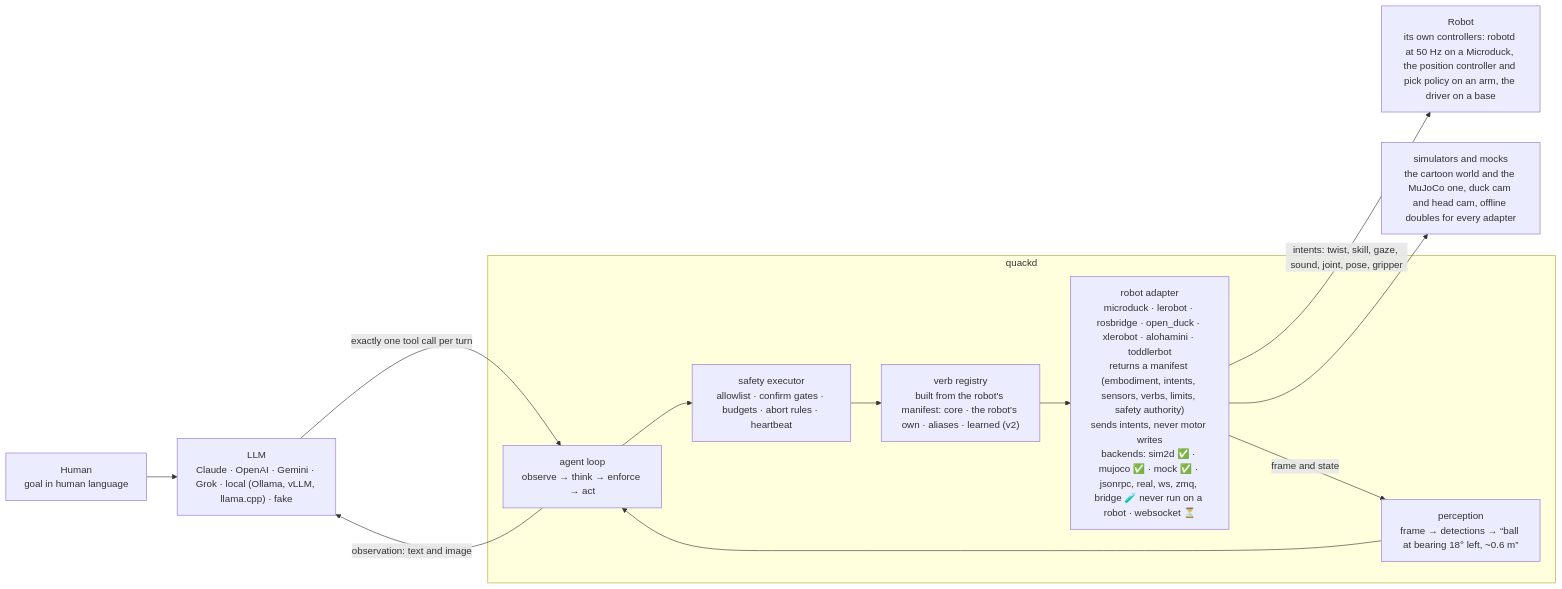
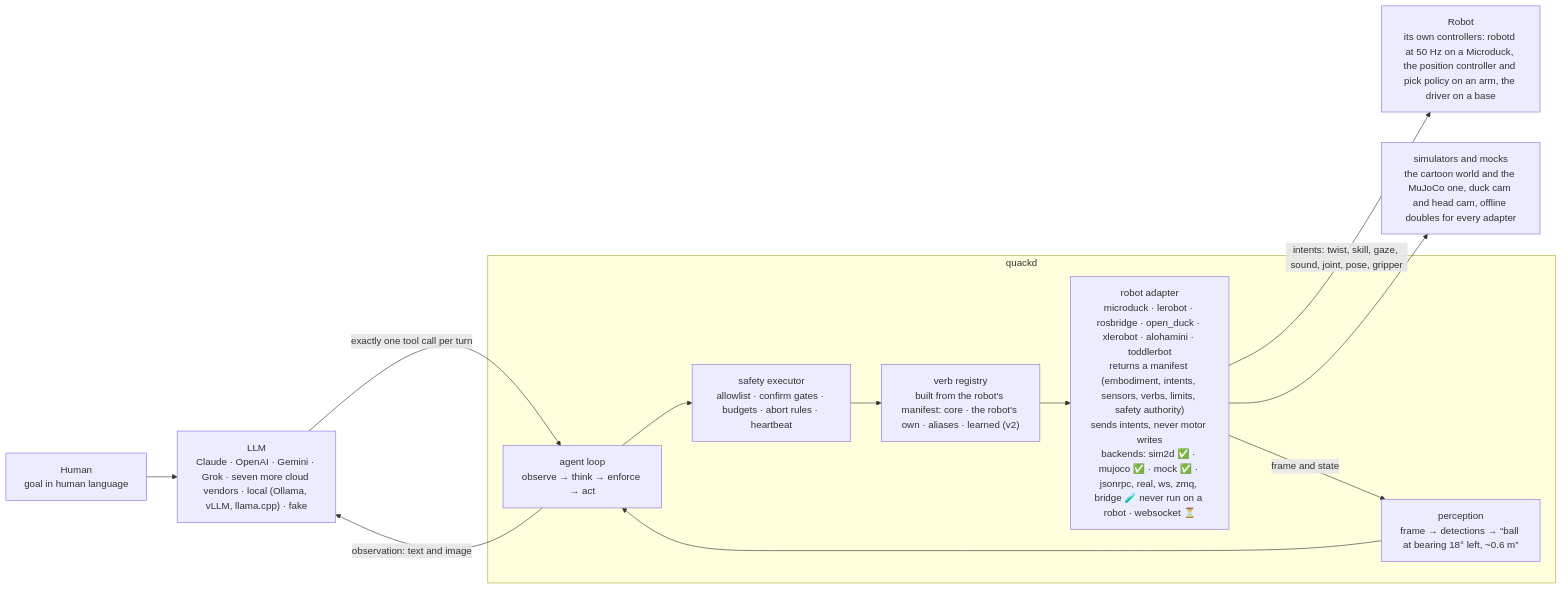
Before and after one commit to mantoumaster/quackd: the second of 2 diagrams in README.md, drawn with Mermaid. The commit also changed other lines of this file and 12 other files, not shown here.

````diff
--- a/README.md
+++ b/README.md
@@ -267,21 +267,21 @@
 ```mermaid
 flowchart LR
     HUMAN["Human<br/>goal in human language"]
-    LLM["LLM<br/>Claude · OpenAI · Gemini · Grok · local (Ollama, vLLM, llama.cpp) · fake"]
+    LLM["LLM<br/>Claude · OpenAI · Gemini · Grok · seven more cloud vendors · local (Ollama, vLLM, llama.cpp) · fake"]
     subgraph quackd
         LOOP["agent loop<br/>observe → think → enforce → act"]
         EXEC["safety executor<br/>allowlist · confirm gates · budgets · abort rules · heartbeat"]
         VERBS["verb registry<br/>built from the robot's manifest: core · the robot's own · aliases · learned (v2)"]
         PERC["perception<br/>frame → detections → “ball at bearing 18° left, ~0.6 m”"]
         ADAPTER["robot adapter<br/>microduck · lerobot · rosbridge · open_duck · xlerobot · alohamini · toddlerbot<br/>returns a manifest (embodiment, intents, sensors, verbs, limits, safety authority)<br/>sends intents, never motor writes<br/>backends: sim2d ✅ · mujoco ✅ · mock ✅ · jsonrpc, real, ws, zmq, bridge 🧪 never run on a robot · websocket ⏳"]
     end
     ROBOT["Robot<br/>its own controllers: robotd at 50 Hz on a Microduck, the position controller and pick policy on an arm, the driver on a base"]
     SIM["simulators and mocks<br/>the cartoon world and the MuJoCo one, duck cam and head cam, offline doubles for every adapter"]
     HUMAN --> LLM
     LLM -- "exactly one tool call per turn" --> LOOP
     LOOP --> EXEC --> VERBS --> ADAPTER
     ADAPTER -- "intents: twist, skill, gaze, sound, joint, pose, gripper" --> ROBOT
     ADAPTER --> SIM
     ADAPTER -- "frame and state" --> PERC --> LOOP
     LOOP -- "observation: text and image" --> LLM
 ```
````
